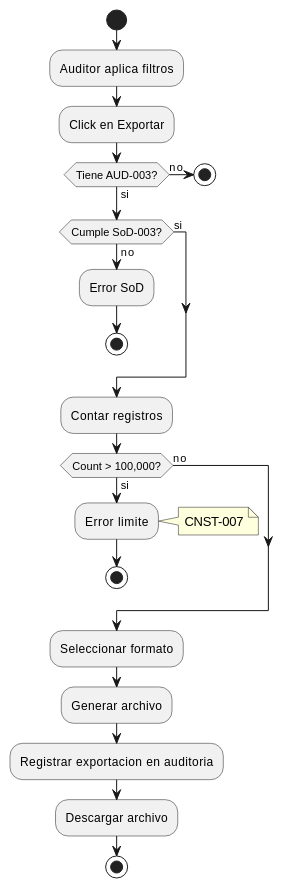
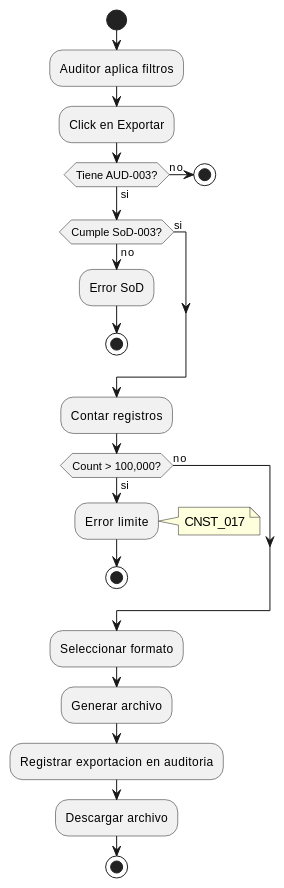
One commit to jcg-admin/IACT-docs changed the third of 3 diagrams in source/requisitos/casos_uso/audit/UC_AUD_03_Exportar_Auditoria.rst. Above: the diagram before and after it, drawn with PlantUML. The commit also changed other lines of this file and 67 other files, not shown here.

```diff
--- a/source/requisitos/casos_uso/audit/UC_AUD_03_Exportar_Auditoria.rst
+++ b/source/requisitos/casos_uso/audit/UC_AUD_03_Exportar_Auditoria.rst
@@ -308,35 +308,35 @@
 .. uml::
    :caption: Diagrama de Actividad - UC_AUD_03
 
    @startuml
    start
    :Auditor aplica filtros;
    :Click en Exportar;
 
    if (Tiene AUD-003?) then (no)
      stop
    else (si)
    endif
 
    if (Cumple SoD-003?) then (no)
      :Error SoD;
      stop
    else (si)
    endif
 
    :Contar registros;
 
    if (Count > 100,000?) then (si)
      :Error limite;
-     note right: CNST-007
+     note right: CNST_017
      stop
    else (no)
    endif
 
    :Seleccionar formato;
    :Generar archivo;
    :Registrar exportacion en auditoria;
    :Descargar archivo;
 
    stop
    @enduml
```
